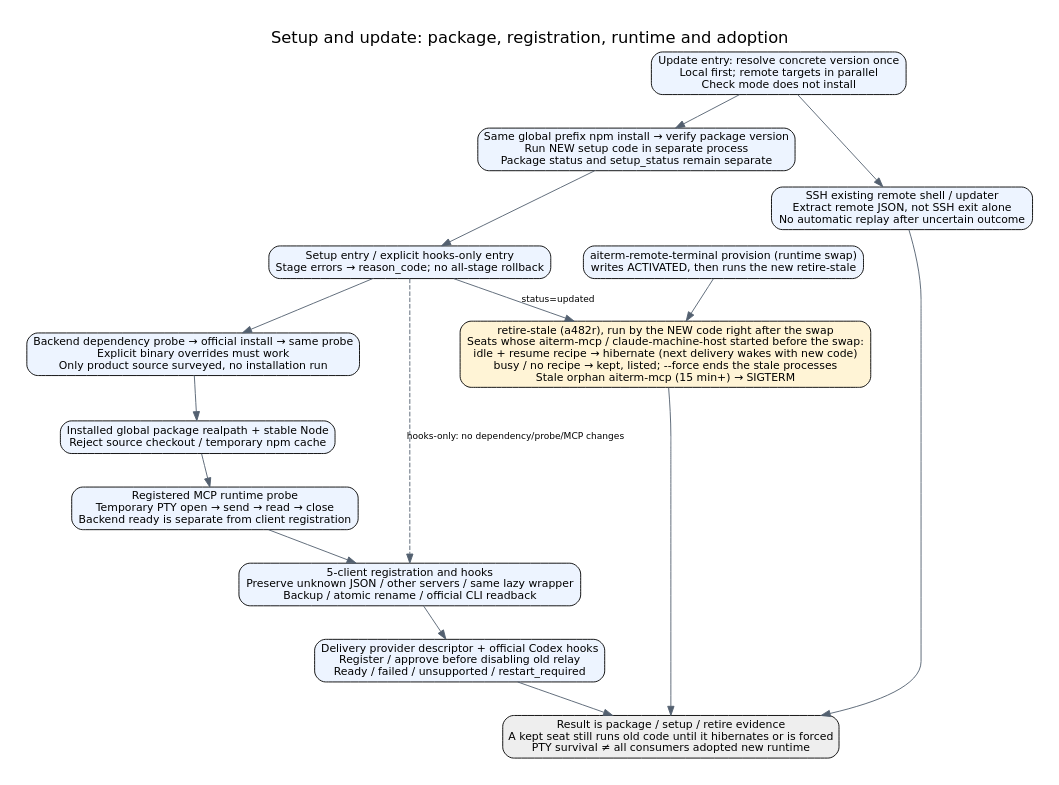
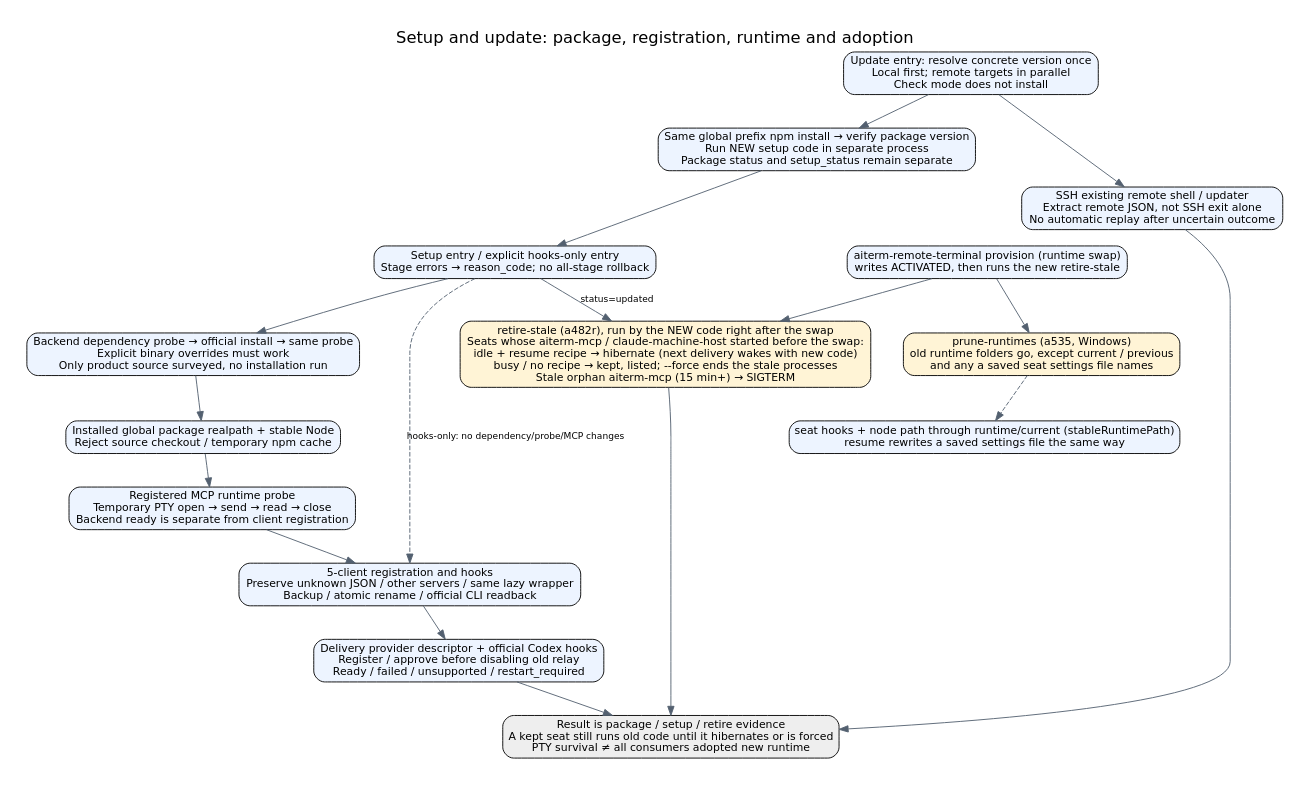
The diagram in docs/architecture/setup-update.dot (kitepon/aiterm-mcp), drawn with Graphviz before and after one commit. The commit also changed 11 other files, not shown here.

First line of the commit message:
Keep a seat's hooks alive across runtime updates and settle a machine turn whose Stop hook failed (a535)

```diff
--- a/docs/architecture/setup-update.dot
+++ b/docs/architecture/setup-update.dot
@@ -1,17 +1,17 @@
 digraph setup_update {
  graph [rankdir=TB,bgcolor="white",pad=0.3,nodesep=0.5,ranksep=0.5,label="Setup and update: package, registration, runtime and adoption",labelloc=t,fontname="DejaVu Sans",fontsize=18];
  node [shape=box,style="rounded,filled",fillcolor="#edf4ff",fontname="DejaVu Sans",fontsize=12]; edge [fontname="DejaVu Sans",fontsize=10,color="#536070"];
  setup [label="Setup entry / explicit hooks-only entry\nStage errors → reason_code; no all-stage rollback"];
  dependency [label="Backend dependency probe → official install → same probe\nExplicit binary overrides must work\nOnly product source surveyed, no installation run"];
  global [label="Installed global package realpath + stable Node\nReject source checkout / temporary npm cache"];
  probe [label="Registered MCP runtime probe\nTemporary PTY open → send → read → close\nBackend ready is separate from client registration"];
  client [label="5-client registration and hooks\nPreserve unknown JSON / other servers / same lazy wrapper\nBackup / atomic rename / official CLI readback"];
  steer [label="Delivery provider descriptor + official Codex hooks\nRegister / approve before disabling old relay\nReady / failed / unsupported / restart_required"];
  update [label="Update entry: resolve concrete version once\nLocal first; remote targets in parallel\nCheck mode does not install"];
  install [label="Same global prefix npm install → verify package version\nRun NEW setup code in separate process\nPackage status and setup_status remain separate"];
  remote [label="SSH existing remote shell / updater\nExtract remote JSON, not SSH exit alone\nNo automatic replay after uncertain outcome"];
  retire [label="retire-stale (a482r), run by the NEW code right after the swap\nSeats whose aiterm-mcp / claude-machine-host started before the swap:\nidle + resume recipe → hibernate (next delivery wakes with new code)\nbusy / no recipe → kept, listed; --force ends the stale processes\nStale orphan aiterm-mcp (15 min+) → SIGTERM",fillcolor="#fff4d6"];
  adoption [label="Result is package / setup / retire evidence\nA kept seat still runs old code until it hibernates or is forced\nPTY survival ≠ all consumers adopted new runtime",fillcolor="#eeeeee"];
  setup -> dependency;dependency -> global;global -> probe;probe -> client;client -> steer;setup -> client [style=dashed,label="hooks-only: no dependency/probe/MCP changes"];
- update -> install;update -> remote;install -> setup;setup -> retire [label="status=updated"];provision [label="aiterm-remote-terminal provision (runtime swap)\nwrites ACTIVATED, then runs the new retire-stale"];provision -> retire;retire -> adoption;remote -> adoption;steer -> adoption;
+ update -> install;update -> remote;install -> setup;setup -> retire [label="status=updated"];provision [label="aiterm-remote-terminal provision (runtime swap)\nwrites ACTIVATED, then runs the new retire-stale"];provision -> retire;prune [label="prune-runtimes (a535, Windows)\nold runtime folders go, except current / previous\nand any a saved seat settings file names",fillcolor="#fff4d6"];provision -> prune;hooks [label="seat hooks + node path through runtime/current (stableRuntimePath)\nresume rewrites a saved settings file the same way"];prune -> hooks [style=dashed];retire -> adoption;remote -> adoption;steer -> adoption;
 }
```
